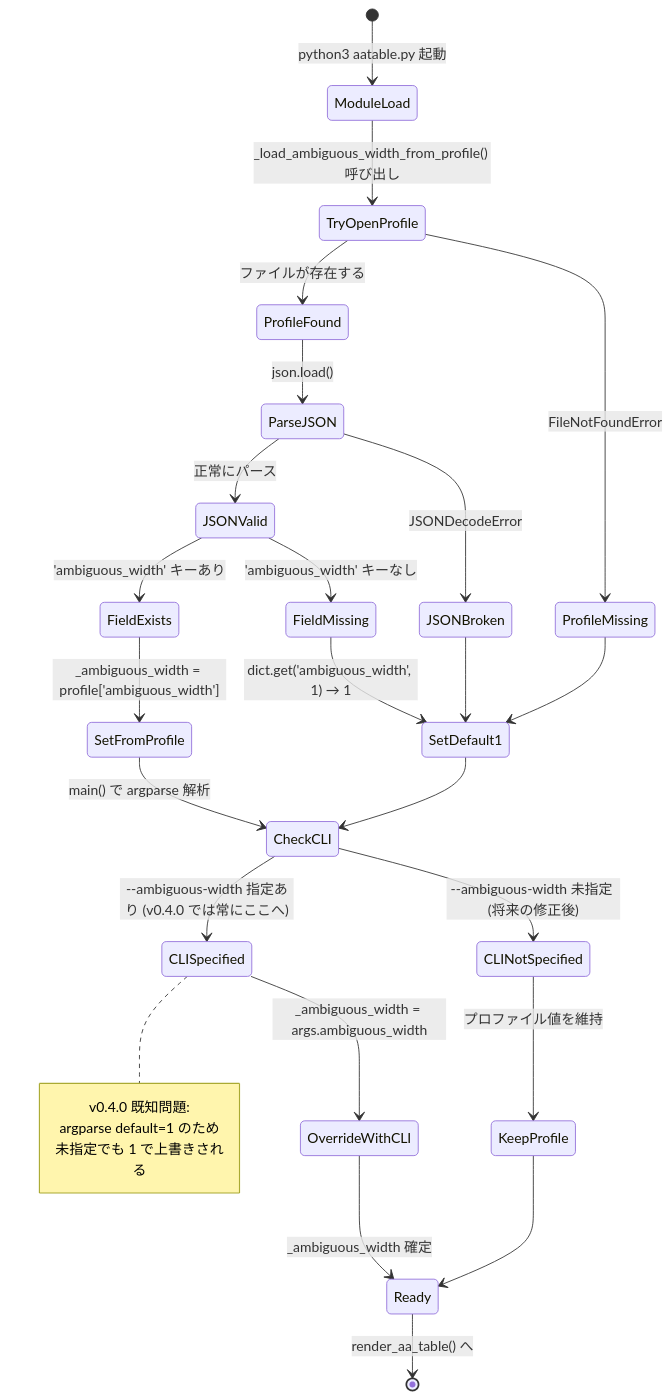
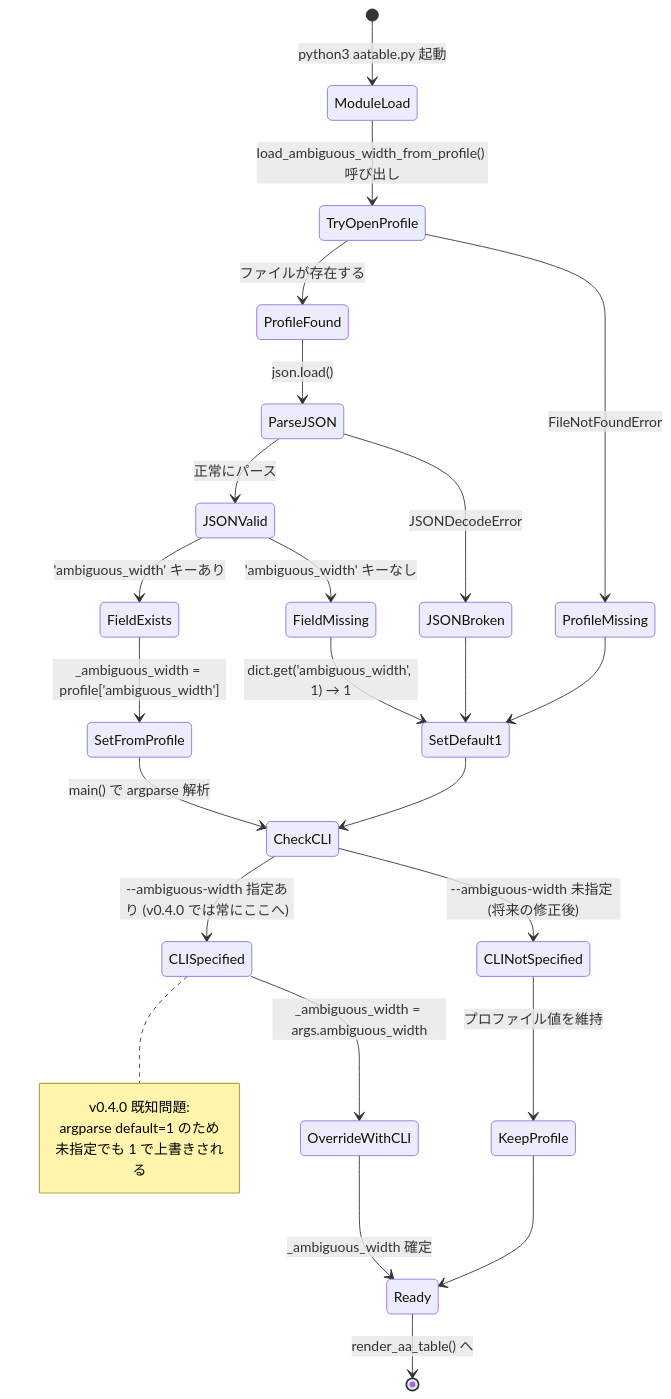
The tenth of 10 diagrams in spec/SPEC.md (opaopa6969/AATable), drawn with Mermaid before and after one commit. The commit also changed other lines of this file, not shown here.

````diff
--- a/spec/SPEC.md
+++ b/spec/SPEC.md
@@ -1730,41 +1734,41 @@
 ```mermaid
 stateDiagram-v2
     [*] --> ModuleLoad : python3 aatable.py 起動
 
-    ModuleLoad --> TryOpenProfile : _load_ambiguous_width_from_profile() 呼び出し
+    ModuleLoad --> TryOpenProfile : load_ambiguous_width_from_profile() 呼び出し
 
     TryOpenProfile --> ProfileFound : ファイルが存在する
     TryOpenProfile --> ProfileMissing : FileNotFoundError
 
     ProfileFound --> ParseJSON : json.load()
     ParseJSON --> JSONValid : 正常にパース
     ParseJSON --> JSONBroken : JSONDecodeError
 
     JSONValid --> FieldExists : 'ambiguous_width' キーあり
     JSONValid --> FieldMissing : 'ambiguous_width' キーなし
 
     FieldExists --> SetFromProfile : _ambiguous_width = profile['ambiguous_width']
     FieldMissing --> SetDefault1 : dict.get('ambiguous_width', 1) → 1
     JSONBroken --> SetDefault1
     ProfileMissing --> SetDefault1
 
     SetFromProfile --> CheckCLI : main() で argparse 解析
     SetDefault1 --> CheckCLI
 
     CheckCLI --> CLISpecified : --ambiguous-width 指定あり (v0.4.0 では常にここへ)
     CheckCLI --> CLINotSpecified : --ambiguous-width 未指定 (将来の修正後)
 
     CLISpecified --> OverrideWithCLI : _ambiguous_width = args.ambiguous_width
     CLINotSpecified --> KeepProfile : プロファイル値を維持
 
     OverrideWithCLI --> Ready : _ambiguous_width 確定
     KeepProfile --> Ready
 
     Ready --> [*] : render_aa_table() へ
 
     note right of CLISpecified
         v0.4.0 既知問題:
         argparse default=1 のため
         未指定でも 1 で上書きされる
     end note
 ```
````
